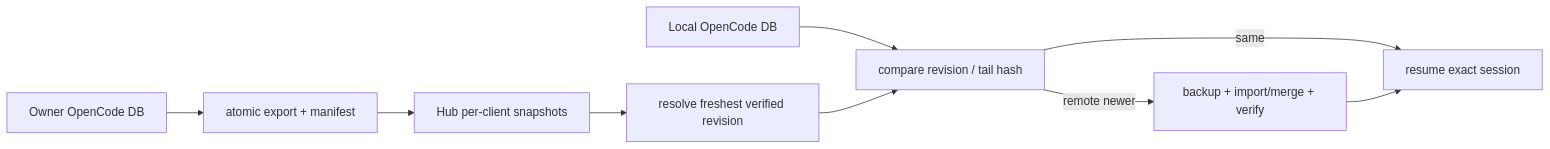
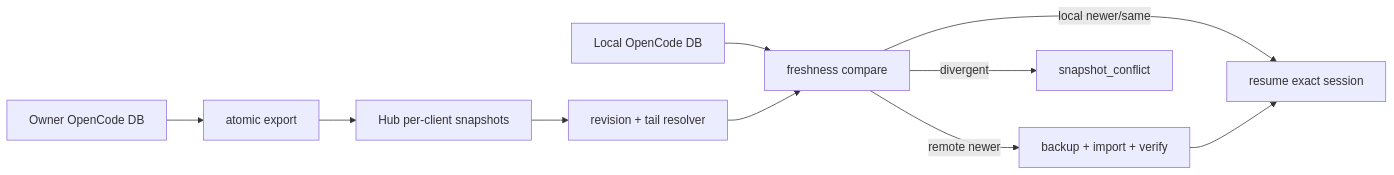
The diagram in dev_plans/v0.4.48-v0.4.49/PRD.md (yukai08008/dual-tmux), drawn with Mermaid before and after one commit. The commit also changed other lines of this file and 7 other files, not shown here.

````diff
--- a/dev_plans/v0.4.48-v0.4.49/PRD.md
+++ b/dev_plans/v0.4.48-v0.4.49/PRD.md
@@ -153,11 +43,12 @@
 ```mermaid
 flowchart LR
-  OwnerDB["Owner OpenCode DB"] --> Export["atomic export + manifest"]
+  Owner["Owner OpenCode DB"] --> Export["atomic export"]
   Export --> Hub["Hub per-client snapshots"]
-  Hub --> Resolve["resolve freshest verified revision"]
-  LocalDB["Local OpenCode DB"] --> Compare["compare revision / tail hash"]
+  Hub --> Resolve["revision + tail resolver"]
+  Local["Local OpenCode DB"] --> Compare["freshness compare"]
   Resolve --> Compare
-  Compare -->|remote newer| Import["backup + import/merge + verify"]
-  Compare -->|same| Resume["resume exact session"]
-  Import --> Resume
+  Compare -->|remote newer| Backup["backup + import + verify"]
+  Compare -->|local newer/same| Resume["resume exact session"]
+  Compare -->|divergent| Conflict["snapshot_conflict"]
+  Backup --> Resume
 ```
````
